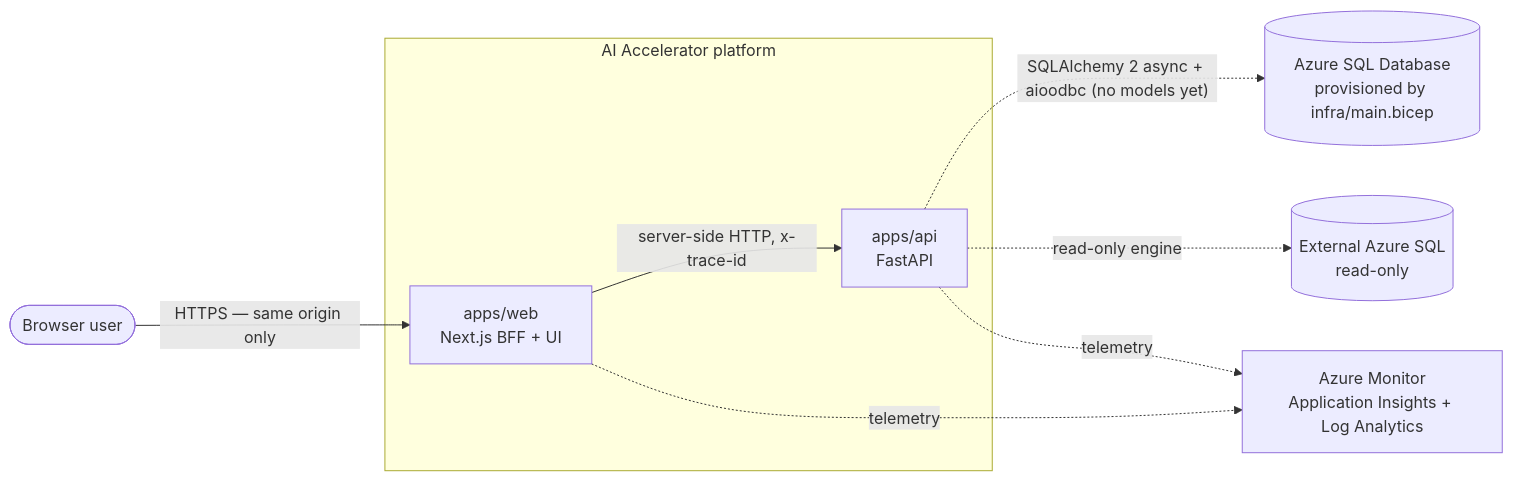
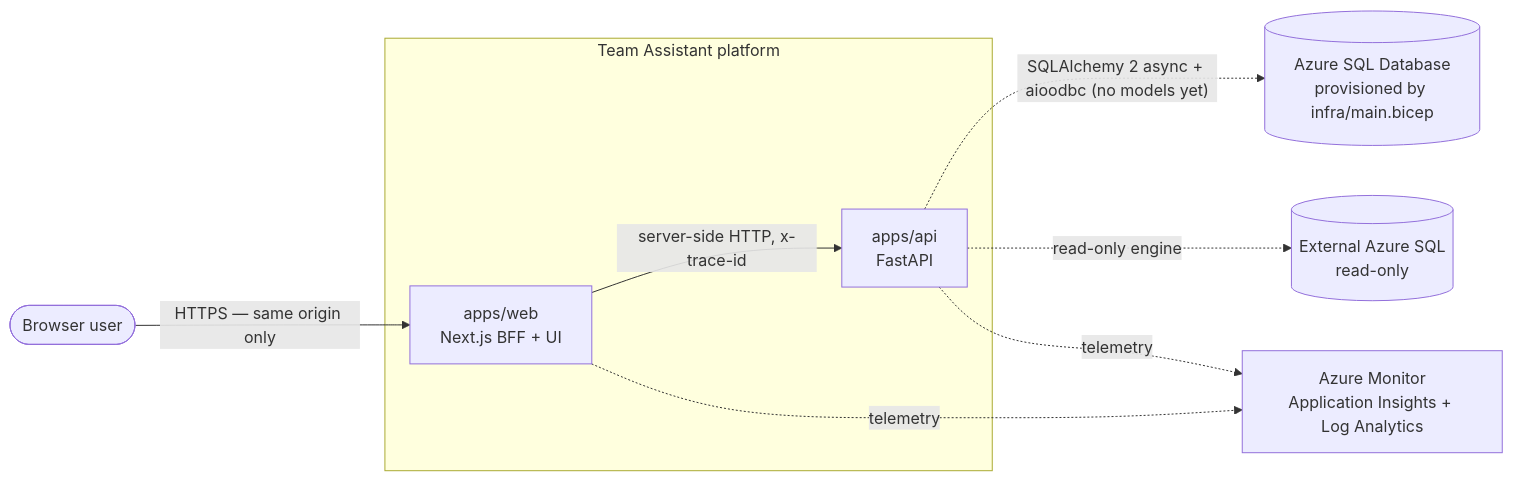
The first of 3 diagrams in docs/architecture/overview.md (YasserAly13/TAChatbot), drawn with Mermaid before and after one commit. The commit also changed other lines of this file and 89 other files, not shown here.

First line of the commit message:
chore: initialise project as Team Assistant

````diff
--- a/docs/architecture/overview.md
+++ b/docs/architecture/overview.md
@@ -54,20 +54,20 @@
 ```mermaid
 flowchart LR
     user(["Browser user"])
 
-    subgraph platform["AI Accelerator platform"]
+    subgraph platform["Team Assistant platform"]
         web["apps/web<br/>Next.js BFF + UI"]
         py["apps/api<br/>FastAPI"]
     end
 
     pg[("Azure SQL Database<br/>provisioned by infra/main.bicep")]
     ext[("External Azure SQL<br/>read-only")]
     azm["Azure Monitor<br/>Application Insights + Log Analytics"]
 
     user -->|"HTTPS — same origin only"| web
     web -->|"server-side HTTP, x-trace-id"| py
     py -.->|"SQLAlchemy 2 async + aioodbc (no models yet)"| pg
     py -.->|"read-only engine"| ext
     web -.->|"telemetry"| azm
     py -.->|"telemetry"| azm
 ```
````
